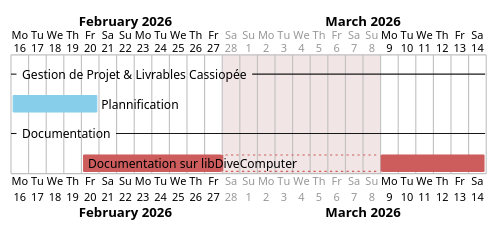
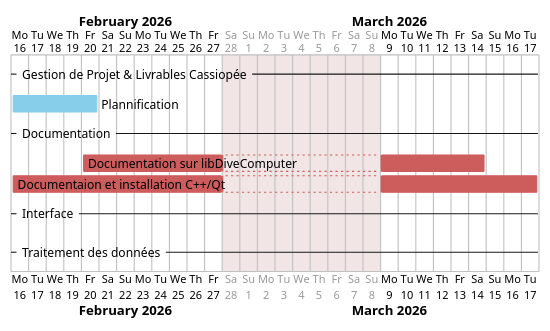
One commit to AntoFruch/Cassiopee-SubSurface changed the diagram in gantt/gantt.pu. Above: the diagram before and after it, drawn with PlantUML. The commit also changed 1 other file, not shown here.

Commit message:
update gantt

```diff
--- a/gantt/gantt.pu
+++ b/gantt/gantt.pu
@@ -1,40 +1,47 @@
 @startgantt GanttChart
 Project starts 2026-02-16
 
 ' Détail des zones a exclure du temps de travail (vacances / CF / autres obligations)
 ' syntaxe  : {date} is closed / {date} to {date} is closed
     
     ' Vacances d'hiver
     2026-02-28 to 2026-03-8 is closed
 
     ' vacances de printemps
 
     ' Obligations Loup
 
     ' Obligations Antonin
 
 ' Fin
 
 ' Detail des taches à effectuer, syntaxe ci-dessous : 
 '   * -- Categorie -- 
 '   * [nom de la tâche] requires/lasts X days/weeks
 '   * possibilité de coloriser avec "and is colored in {couleur}" (les mots clés des couleurs sont préshot par l'extension PlantUML)
 -- Gestion de Projet & Livrables Cassiopée--  
 [Plannification] requires 5 days and is colored in SkyBlue
 
 -- Documentation --
 [Documentation sur libDiveComputer] requires 2 weeks and is colored in IndianRed
+[Documentaion et installation C++/Qt] requires 3 weeks and is colored in IndianRed
+
+-- Interface -- 
+
+-- Traitement des données -- 
 
 ' Fin du détail des tâches
 
 '------------------------------------------------------------
 
 ' Détail des dates de début/fin
 '   * [nom de la tache] starts at {date}
 '   * une date peut être la fin d'un évenement ("X's end") ou son debut ("X's start")
 
 [Plannification] starts at 2026-02-16
+
 [Documentation sur libDiveComputer] starts at 2026-02-20
+[Documentaion et installation C++/Qt] starts at 2026-02-16
 
 ' Fin du détail des dates
 @endgantt
```
